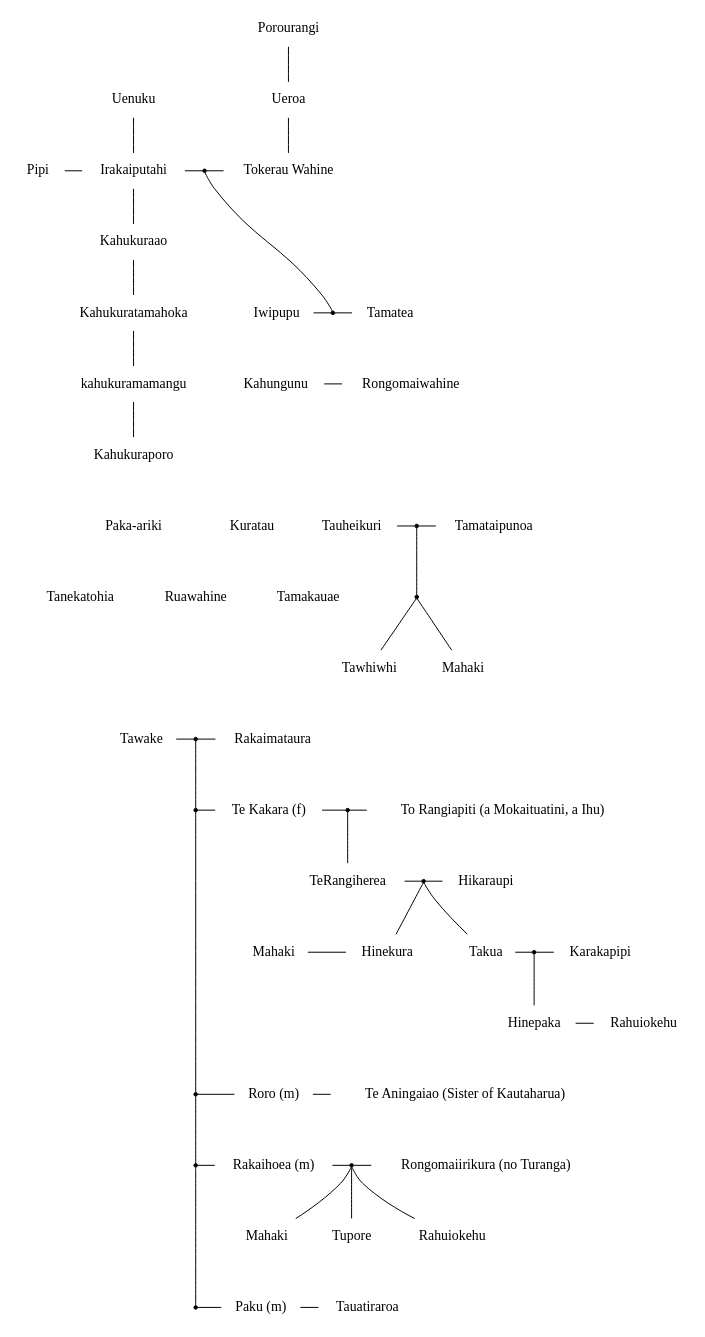
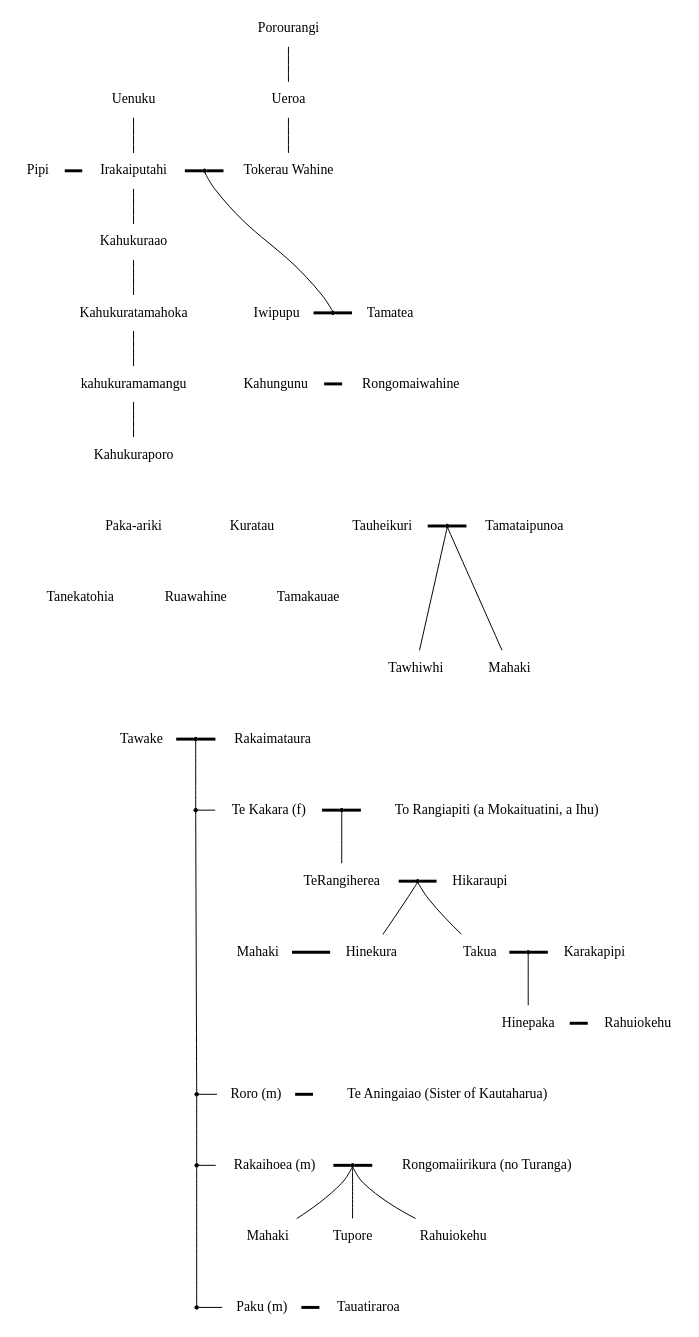
The diagram in Ina te whakapapa hei whakamarama - Diagram 1.dot (namelessmasses/whakapapa), drawn with Graphviz before and after one commit.

Commit message:
Ina te whakapapa hei whakamarama - Use bold edges for marriages (penwidth=3)

```diff
--- a/Ina te whakapapa hei whakamarama - Diagram 1.dot
+++ b/Ina te whakapapa hei whakamarama - Diagram 1.dot
@@ -23,7 +23,7 @@
     Kahukuratamahoka -- kahukuramamangu;
     kahukuramamangu -- Kahukuraporo;
 
-    Pipi -- Irakaiputahi[];
+    Pipi -- Irakaiputahi[penwidth=3];
 
     Iwipupu;
     Tamatea;
@@ -44,8 +44,8 @@
         Kahukuratamahoka;
     }
 
-    Irakaiputahi -- Irakaiputahi_TokerauWahine -- TokerauWahine;
-    Iwipupu -- Iwipupu_Tamatea -- Tamatea;
+    Irakaiputahi -- Irakaiputahi_TokerauWahine -- TokerauWahine [penwidth=3];
+    Iwipupu -- Iwipupu_Tamatea -- Tamatea[penwidth=3];
     Irakaiputahi_TokerauWahine -- Iwipupu_Tamatea;
 
     { rank=same; Pipi, Irakaiputahi, Irakaiputahi_TokerauWahine, TokerauWahine };
@@ -57,7 +57,7 @@
 
     { rank=same; kahukuramamangu, Kahungunu, Rongomaiwahine };
 
-    Kahungunu -- Rongomaiwahine;
+    Kahungunu -- Rongomaiwahine[penwidth=3];
     
     Pakaariki [label="Paka-ariki"];
     Kuratau;
@@ -68,7 +68,7 @@
     Tamataipunoa;
     Tauheikuri_Tamataipunoa [shape=point, label=""];
 
-    Tauheikuri -- Tauheikuri_Tamataipunoa -- Tamataipunoa;
+    Tauheikuri -- Tauheikuri_Tamataipunoa -- Tamataipunoa [penwidth=3];
 
     { rank=same; Pakaariki, Pakaariki_Kuratau, Kuratau, Tauheikuri, Tauheikuri_Tamataipunoa, Tamataipunoa };
 
@@ -84,22 +84,18 @@
 
     { rank=same; Tanekatohia, Ruawahine, Tamakauae };
 
-    Tauheikuri_Tamataipunoa_Children [shape=point, label=""];
-
-    Tauheikuri_Tamataipunoa -- Tauheikuri_Tamataipunoa_Children;
-
     Tawhiwhi;
     Mahaki_0 [label="Mahaki"];
 
     { rank=same; Tawhiwhi, Mahaki_0 };
 
-    Tauheikuri_Tamataipunoa_Children -- Tawhiwhi;
-    Tauheikuri_Tamataipunoa_Children -- Mahaki_0;
+    Tauheikuri_Tamataipunoa -- Tawhiwhi[minlen=2];
+    Tauheikuri_Tamataipunoa -- Mahaki_0[minlen=2];
 
     Tawake;
     Rakaimataura;
     Tawake_Rakaimataura [shape=point, label=""];
-    Tawake -- Tawake_Rakaimataura -- Rakaimataura;
+    Tawake -- Tawake_Rakaimataura -- Rakaimataura[penwidth=3];
 
     { rank=same; Tawake, Tawake_Rakaimataura, Rakaimataura };
 
@@ -115,7 +111,8 @@
     TeRangiapiti [label="To Rangiapiti (a Mokaituatini, a Ihu)"];
 
     { rank=same; TeKakara_Row, TeKakara, TeKakara_TeRangiapiti, TeRangiapiti };
-    TeKakara_Row -- TeKakara -- TeKakara_TeRangiapiti -- TeRangiapiti;
+    TeKakara_Row -- TeKakara;
+    TeKakara -- TeKakara_TeRangiapiti -- TeRangiapiti[penwidth=3];
     
     TeRangiherea;
     TeKakara_TeRangiapiti -- TeRangiherea [weight=10];
@@ -123,7 +120,7 @@
     TeRangiherea_Hikaraupi [shape=point, label=""];
     Hikaraupi;
     { rank=same; TeRangiherea, TeRangiherea_Hikaraupi, Hikaraupi };
-    TeRangiherea -- TeRangiherea_Hikaraupi -- Hikaraupi;
+    TeRangiherea -- TeRangiherea_Hikaraupi -- Hikaraupi[penwidth=3];
 
     Hinekura;
     TeRangiherea -- Hinekura [style=invis];
@@ -135,17 +132,17 @@
 
     Karakapipi;
     Takua_Karakapipi [shape=point, label=""];
-    Takua -- Takua_Karakapipi -- Karakapipi;
+    Takua -- Takua_Karakapipi -- Karakapipi[penwidth=3];
 
     Hinepaka;
     Takua_Karakapipi -- Hinepaka;
     Rahuiokehu_0 [label="Rahuiokehu"];
-    Hinepaka -- Rahuiokehu_0;
+    Hinepaka -- Rahuiokehu_0[penwidth=3];
 
     { rank=same; Hinepaka, Rahuiokehu_0 };
 
     Mahaki_1 [label="Mahaki"];
-    Mahaki_1 -- Hinekura;
+    Mahaki_1 -- Hinekura[penwidth=3];
     Hinekura -- Takua [style=invis];
     
     { rank=same; Mahaki_1, Hinekura, Takua, Takua_Karakapipi, Karakapipi };
@@ -158,8 +155,8 @@
     TeKakara_Row -- Roro_row;
 
     TeAningaiao [label="Te Aningaiao (Sister of Kautaharua)"];
-    Roro_row -- Roro [constraint=false];
-    Roro -- TeAningaiao;
+    Roro_row -- Roro;
+    Roro -- TeAningaiao[penwidth=3];
 
     { rank=same; Roro_row, Roro, TeAningaiao };
 
@@ -174,7 +171,8 @@
     Rakaihoea_Rongomaiirikura [shape=point, label=""];
 
     Rongomaiirikura [label="Rongomaiirikura (no Turanga)"];
-    Rakaihoea_row -- Rakaihoea -- Rakaihoea_Rongomaiirikura -- Rongomaiirikura;
+    Rakaihoea_row -- Rakaihoea;
+    Rakaihoea -- Rakaihoea_Rongomaiirikura -- Rongomaiirikura[penwidth=3];
 
     { rank=same; Rakaihoea_row, Rakaihoea, Rakaihoea_Rongomaiirikura, Rongomaiirikura };
 
@@ -200,7 +198,7 @@
 
     Tauatiraroa;
 
-    Paku -- Tauatiraroa [  ];
+    Paku -- Tauatiraroa [penwidth=3];
 
     { rank=same; Paku_row, Paku, Tauatiraroa };
 }
```
